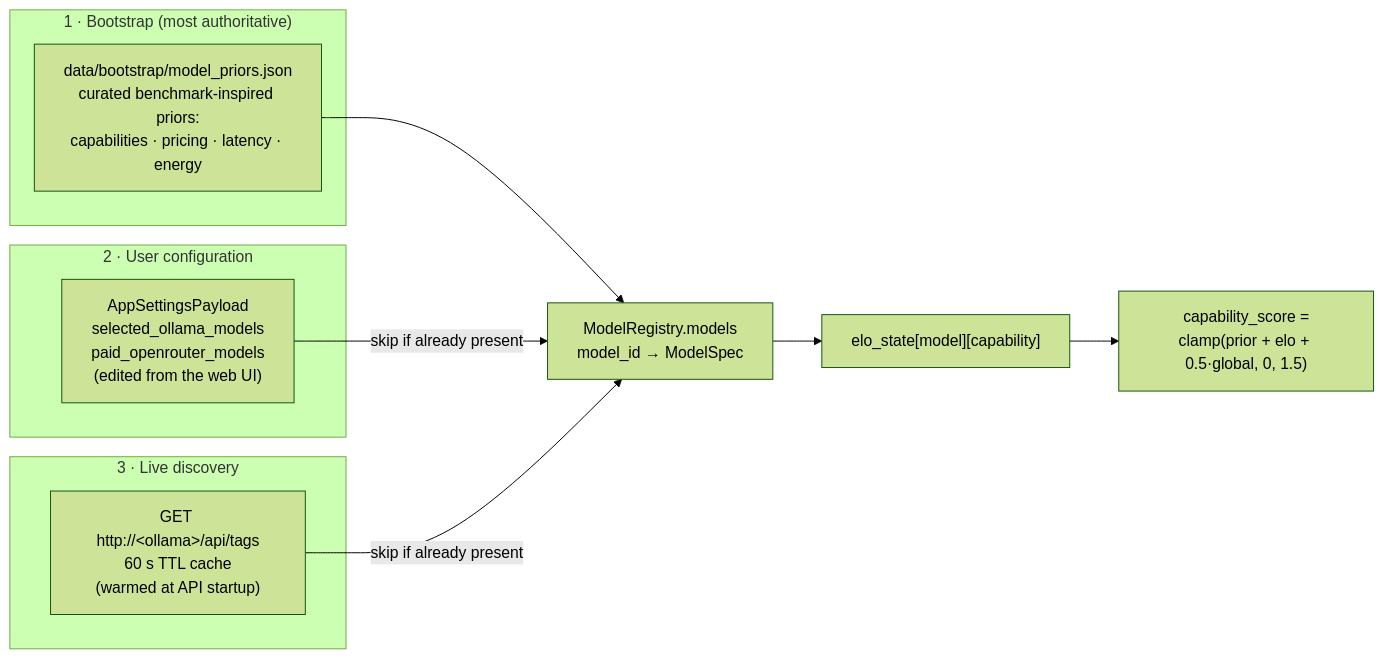
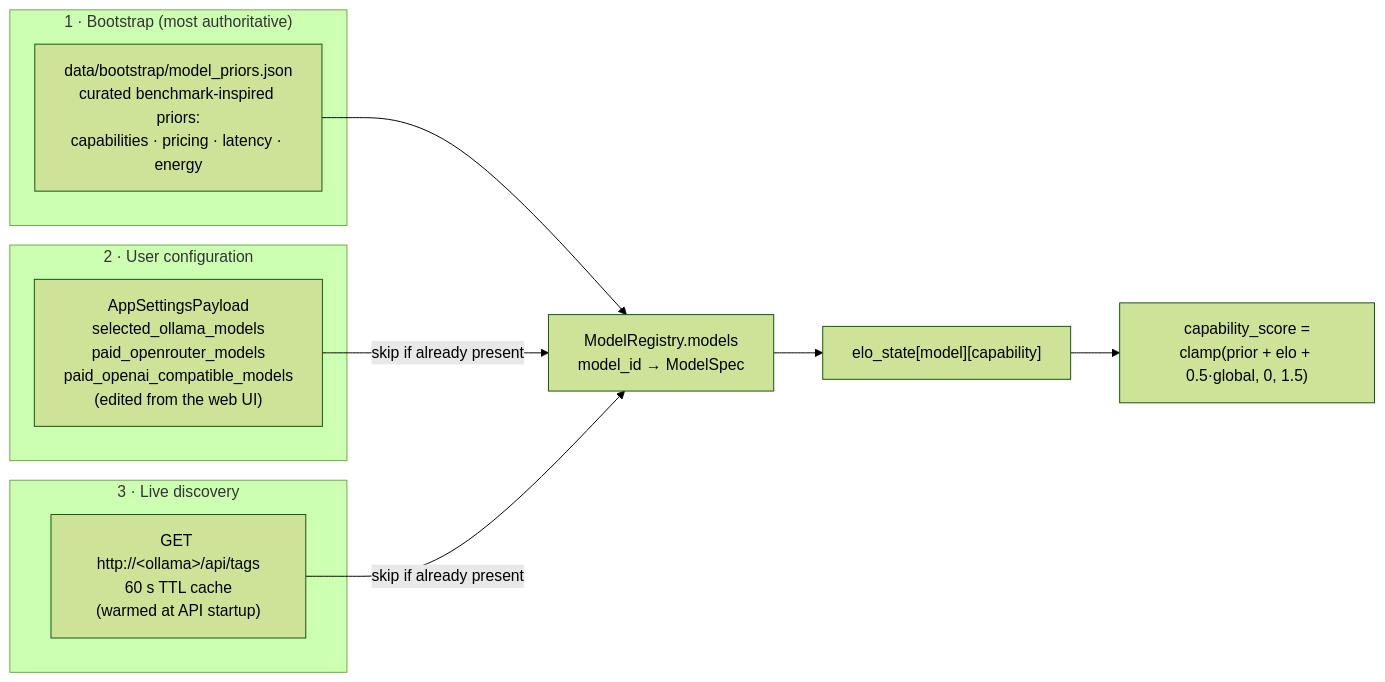
Before and after one commit to warith-harchaoui/roitelet-llm: the fourth of 6 diagrams in MECHANISM.md, drawn with Mermaid (forest theme). The commit also changed other lines of this file and 5 other files, not shown here.

````diff
--- a/MECHANISM.md
+++ b/MECHANISM.md
@@ -179,20 +199,20 @@
 ```mermaid
 flowchart LR
     subgraph S1["1 · Bootstrap (most authoritative)"]
         B["data/bootstrap/model_priors.json<br/>curated benchmark-inspired priors:<br/>capabilities · pricing · latency · energy"]
     end
     subgraph S2["2 · User configuration"]
-        U["AppSettingsPayload<br/>selected_ollama_models<br/>paid_openrouter_models<br/>(edited from the web UI)"]
+        U["AppSettingsPayload<br/>selected_ollama_models<br/>paid_openrouter_models<br/>paid_openai_compatible_models<br/>(edited from the web UI)"]
     end
     subgraph S3["3 · Live discovery"]
         L["GET http://&lt;ollama&gt;/api/tags<br/>60 s TTL cache<br/>(warmed at API startup)"]
     end
 
     B --> M
     U -- "skip if already present" --> M
     L -- "skip if already present" --> M
     M["ModelRegistry.models<br/>model_id → ModelSpec"]
 
     M --> ES["elo_state[model][capability]"]
     ES --> SCORE["capability_score =<br/>clamp(prior + elo + 0.5·global, 0, 1.5)"]
 ```
````
